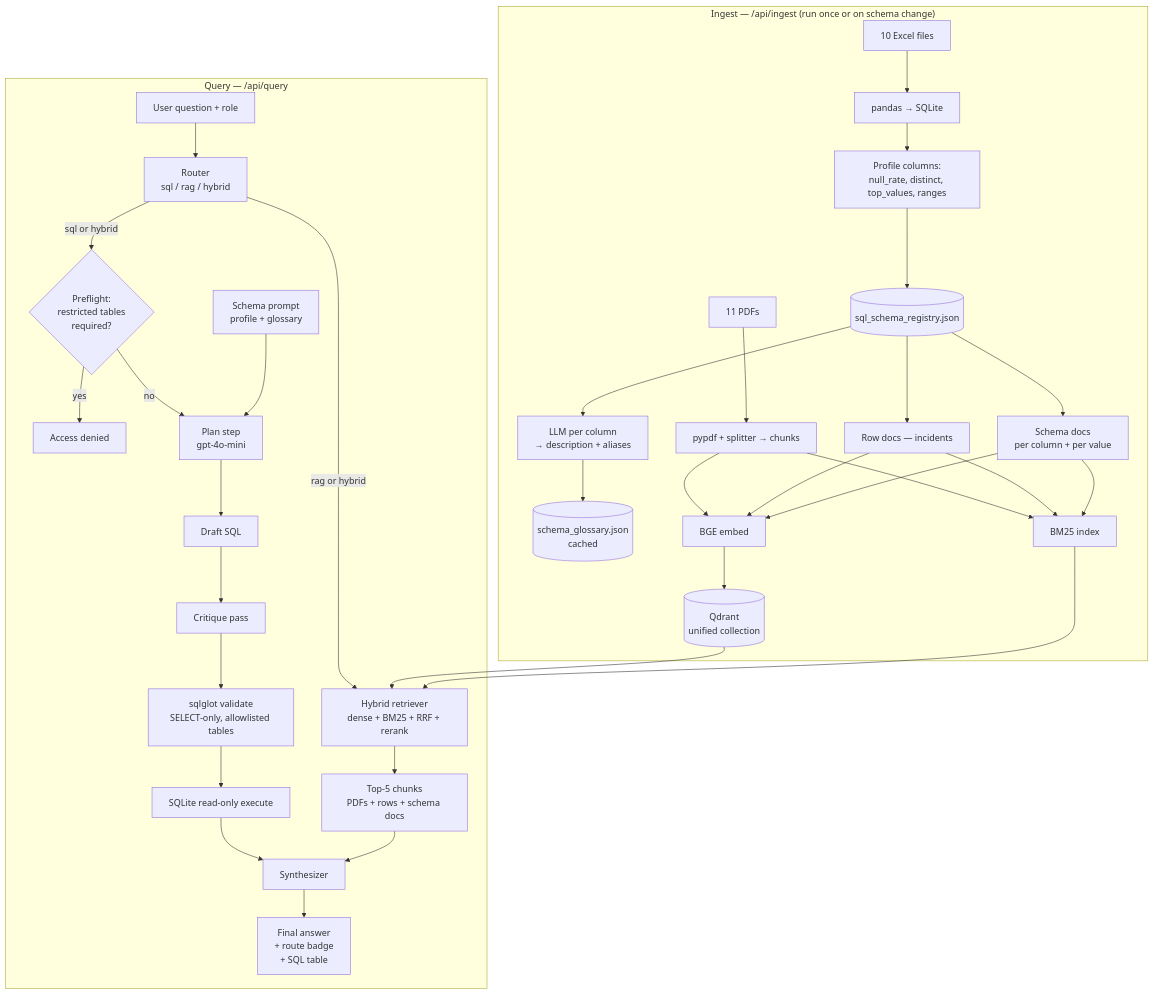
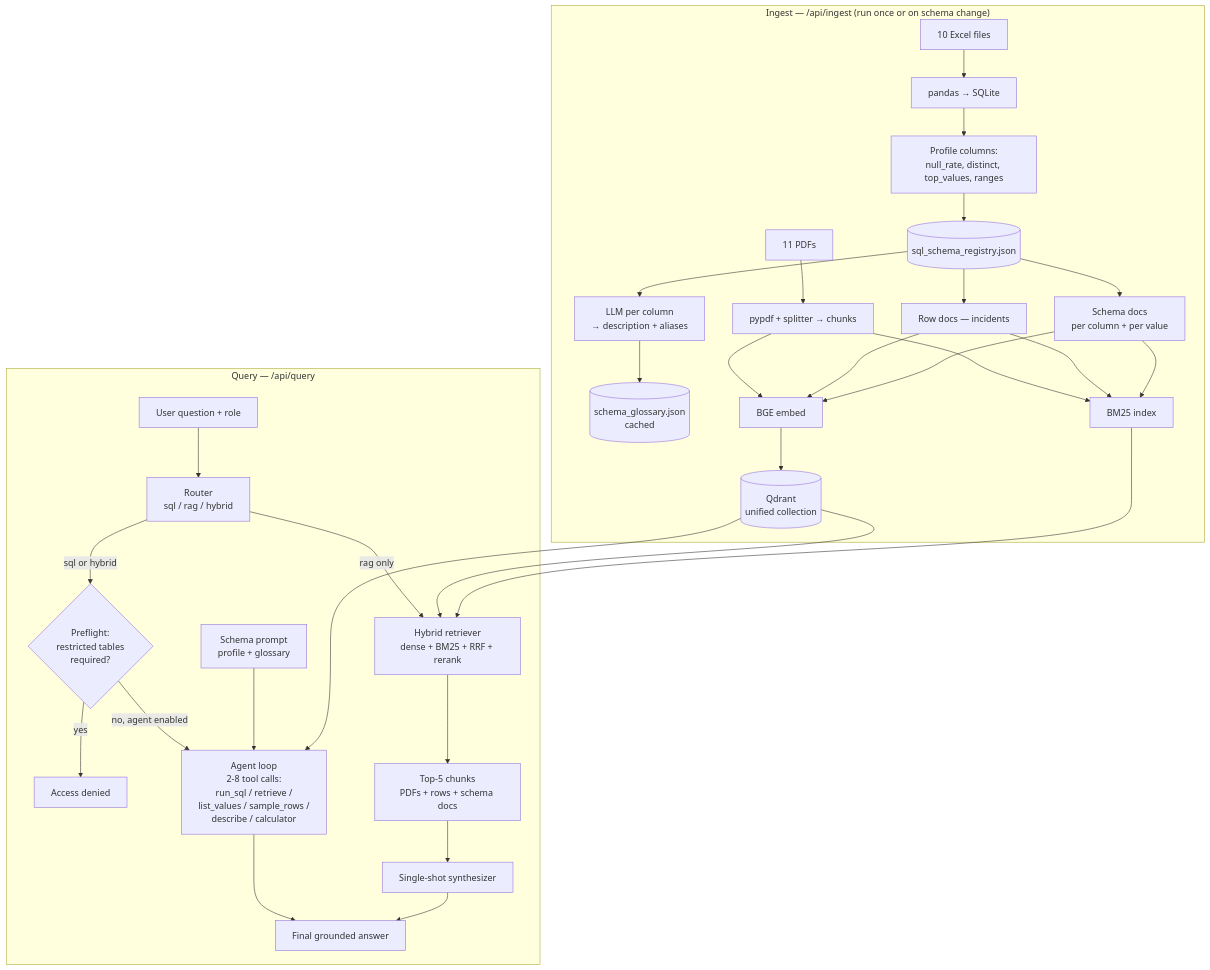
One commit to viditkbhatnagar/technova-RAG changed diagram 12 of 15 in readme3.md. Above: the diagram before and after it, drawn with Mermaid. The commit also changed other lines of this file and 4 other files, not shown here.

First line of the commit message:
feat(rag): tool-use agent loop (ReAct) for multi-step SQL questions

````diff
--- a/readme3.md
+++ b/readme3.md
@@ -329,41 +431,37 @@
 ```mermaid
 flowchart TD
     subgraph "Ingest — /api/ingest (run once or on schema change)"
         P1[11 PDFs] --> PC[pypdf + splitter → chunks]
         X1[10 Excel files] --> PD[pandas → SQLite]
         PD --> PR[Profile columns:<br/>null_rate, distinct, top_values, ranges]
         PR --> REG[(sql_schema_registry.json)]
         REG --> GL[LLM per column<br/>→ description + aliases]
         GL --> GJ[(schema_glossary.json<br/>cached)]
         REG --> RD[Row docs — incidents]
         REG --> SD[Schema docs<br/>per column + per value]
         PC --> E[BGE embed]
         RD --> E
         SD --> E
         E --> QD[(Qdrant<br/>unified collection)]
         PC --> BM[BM25 index]
         RD --> BM
         SD --> BM
     end
 
     subgraph "Query — /api/query"
         UQ[User question + role] --> RT[Router<br/>sql / rag / hybrid]
         RT -->|sql or hybrid| PF{Preflight:<br/>restricted tables<br/>required?}
         PF -->|yes| DENY[Access denied]
-        PF -->|no| PL[Plan step<br/>gpt-4o-mini]
-        SP[Schema prompt<br/>profile + glossary] --> PL
-        PL --> DR[Draft SQL]
-        DR --> CR[Critique pass]
-        CR --> VL[sqlglot validate<br/>SELECT-only, allowlisted tables]
-        VL --> EX[SQLite read-only execute]
+        PF -->|no, agent enabled| AG[Agent loop<br/>2-8 tool calls:<br/>run_sql / retrieve /<br/>list_values / sample_rows /<br/>describe / calculator]
+        SP[Schema prompt<br/>profile + glossary] --> AG
+        QD --> AG
+        AG --> ANS[Final grounded answer]
 
-        RT -->|rag or hybrid| RG[Hybrid retriever<br/>dense + BM25 + RRF + rerank]
+        RT -->|rag only| RG[Hybrid retriever<br/>dense + BM25 + RRF + rerank]
         QD --> RG
         BM --> RG
         RG --> CH[Top-5 chunks<br/>PDFs + rows + schema docs]
-
-        EX --> SYN[Synthesizer]
-        CH --> SYN
-        SYN --> ANS[Final answer<br/>+ route badge<br/>+ SQL table]
+        CH --> SYN[Single-shot synthesizer]
+        SYN --> ANS
     end
 ```
````
